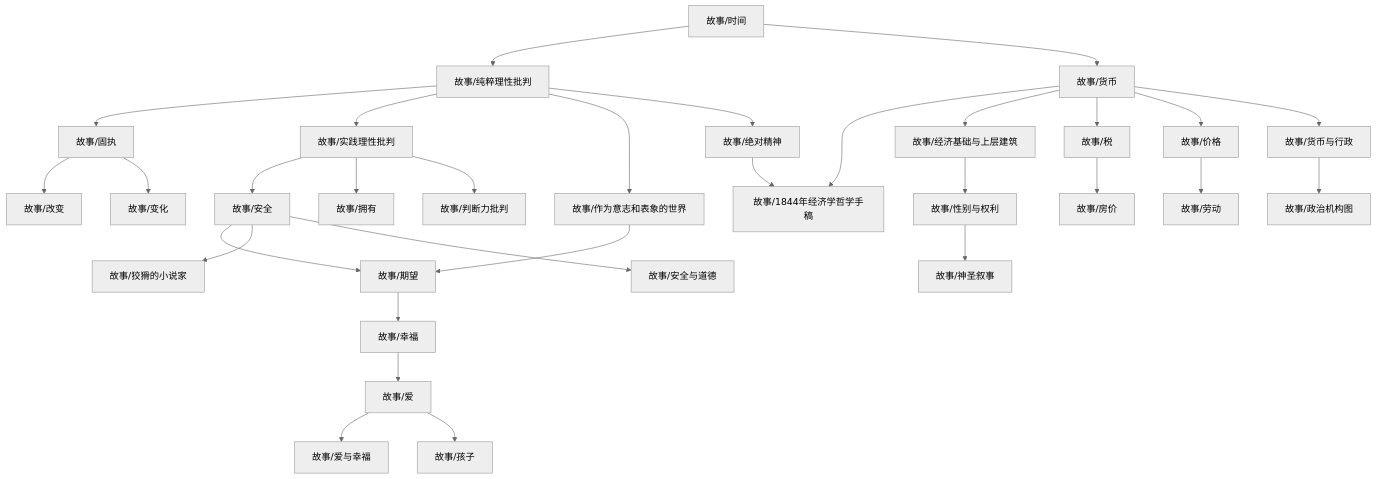
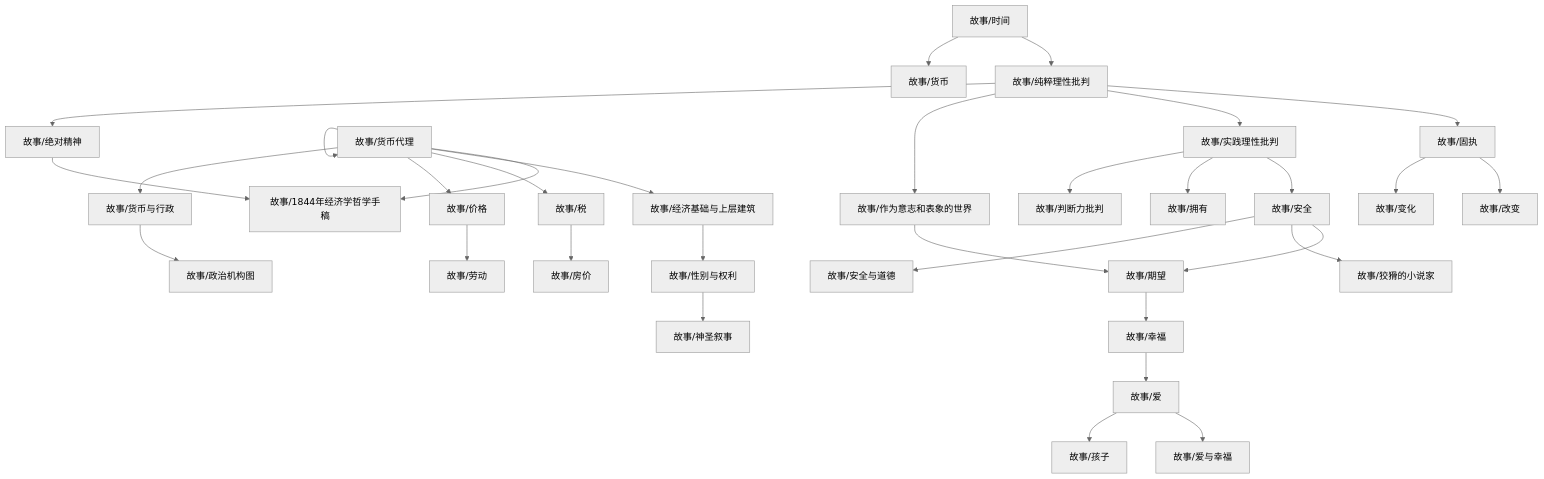
The diagram in content/故事/dependency_graph.md (zengls3186428803/zengls3186428803.github.io), drawn with Mermaid (neutral theme) before and after one commit. The commit also changed 4 other files, not shown here.

````diff
--- a/content/故事/dependency_graph.md
+++ b/content/故事/dependency_graph.md
@@ -1,33 +1,34 @@
 ```mermaid
 graph TD
 1["故事/纯粹理性批判"] --> 0["故事/固执"]
 3["故事/经济基础与上层建筑"] --> 2["故事/性别与权利"]
 0["故事/固执"] --> 4["故事/改变"]
-6["故事/货币"] --> 5["故事/1844年经济学哲学手稿"]
+6["故事/货币代理"] --> 5["故事/1844年经济学哲学手稿"]
 7["故事/绝对精神"] --> 5["故事/1844年经济学哲学手稿"]
 9["故事/作为意志和表象的世界"] --> 8["故事/期望"]
 10["故事/安全"] --> 8["故事/期望"]
 10["故事/安全"] --> 11["故事/狡猾的小说家"]
 1["故事/纯粹理性批判"] --> 12["故事/实践理性批判"]
 13["故事/时间"] --> 1["故事/纯粹理性批判"]
 12["故事/实践理性批判"] --> 10["故事/安全"]
-6["故事/货币"] --> 3["故事/经济基础与上层建筑"]
+6["故事/货币代理"] --> 3["故事/经济基础与上层建筑"]
 12["故事/实践理性批判"] --> 14["故事/拥有"]
-6["故事/货币"] --> 15["故事/税"]
+6["故事/货币代理"] --> 15["故事/税"]
 15["故事/税"] --> 16["故事/房价"]
 18["故事/货币与行政"] --> 17["故事/政治机构图"]
 0["故事/固执"] --> 19["故事/变化"]
 21["故事/幸福"] --> 20["故事/爱"]
-6["故事/货币"] --> 22["故事/价格"]
+6["故事/货币代理"] --> 22["故事/价格"]
+6["故事/货币代理"] --> 6["故事/货币代理"]
 1["故事/纯粹理性批判"] --> 9["故事/作为意志和表象的世界"]
 1["故事/纯粹理性批判"] --> 7["故事/绝对精神"]
-6["故事/货币"] --> 18["故事/货币与行政"]
+6["故事/货币代理"] --> 18["故事/货币与行政"]
 10["故事/安全"] --> 24["故事/安全与道德"]
 2["故事/性别与权利"] --> 25["故事/神圣叙事"]
 20["故事/爱"] --> 26["故事/爱与幸福"]
-13["故事/时间"] --> 6["故事/货币"]
-20["故事/爱"] --> 27["故事/孩子"]
-22["故事/价格"] --> 28["故事/劳动"]
-12["故事/实践理性批判"] --> 29["故事/判断力批判"]
+13["故事/时间"] --> 27["故事/货币"]
+20["故事/爱"] --> 28["故事/孩子"]
+22["故事/价格"] --> 29["故事/劳动"]
+12["故事/实践理性批判"] --> 30["故事/判断力批判"]
 8["故事/期望"] --> 21["故事/幸福"]
 ```
````
